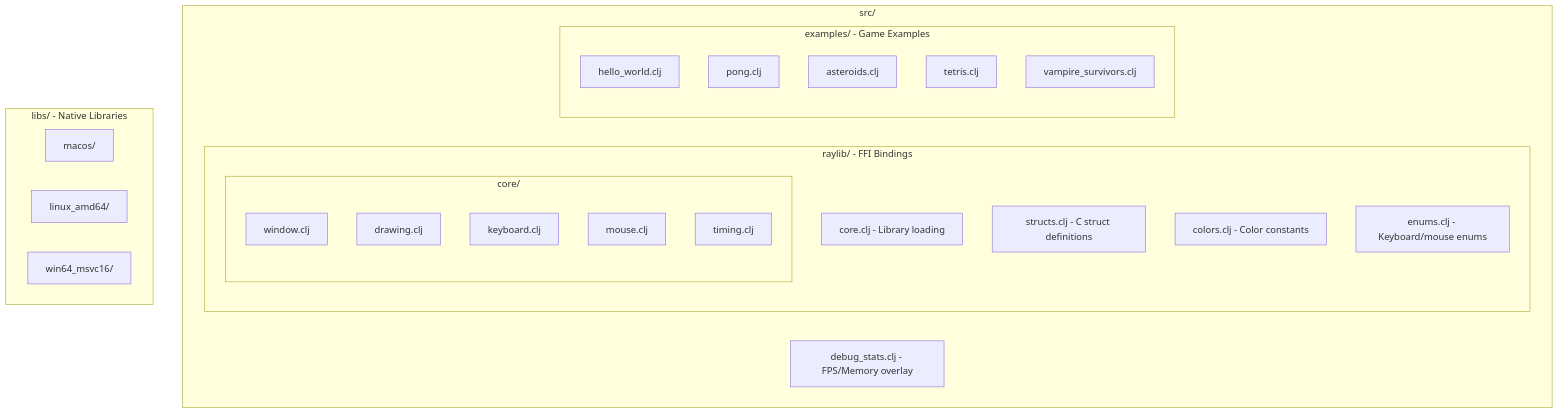
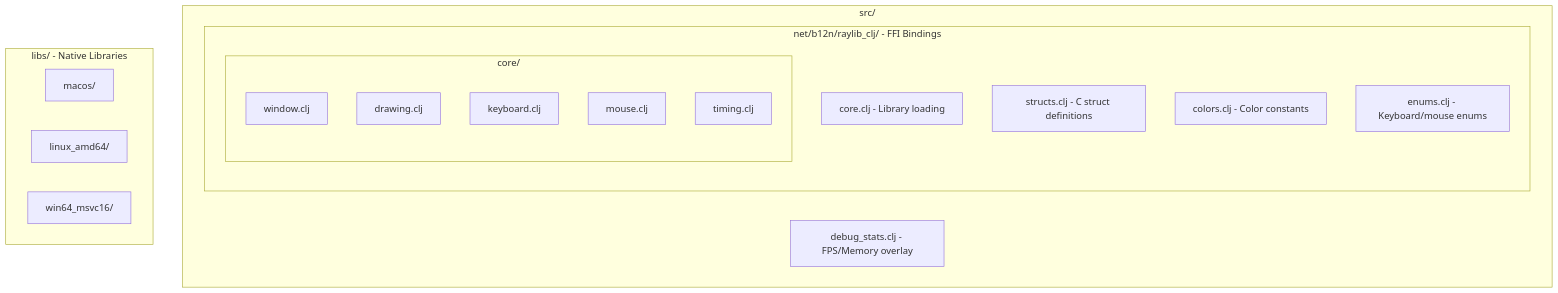
Before and after one commit to b12n-oss/raylib-clj: the third of 3 diagrams in docs/guide/architecture.md, drawn with Mermaid. The commit also changed other lines of this file and 277 other files, not shown here.

````diff
--- a/docs/guide/architecture.md
+++ b/docs/guide/architecture.md
@@ -137,35 +136,27 @@
 ```mermaid
 flowchart TB
     subgraph src["src/"]
-        subgraph raylib["raylib/ - FFI Bindings"]
+        subgraph raylib["net/b12n/raylib_clj/ - FFI Bindings"]
             core["core.clj - Library loading"]
             structs["structs.clj - C struct definitions"]
             colors["colors.clj - Color constants"]
             enums["enums.clj - Keyboard/mouse enums"]
             
             subgraph coremod["core/"]
                 window["window.clj"]
                 drawing["drawing.clj"]
                 keyboard["keyboard.clj"]
                 mouse["mouse.clj"]
                 timing["timing.clj"]
             end
         end
         
-        subgraph examples["examples/ - Game Examples"]
-            hello["hello_world.clj"]
-            pongex["pong.clj"]
-            astex["asteroids.clj"]
-            tetex["tetris.clj"]
-            vampex["vampire_survivors.clj"]
-        end
-        
         debug["debug_stats.clj - FPS/Memory overlay"]
     end
     
     subgraph libs["libs/ - Native Libraries"]
         macos["macos/"]
         linux["linux_amd64/"]
         win["win64_msvc16/"]
     end
 ```
````
